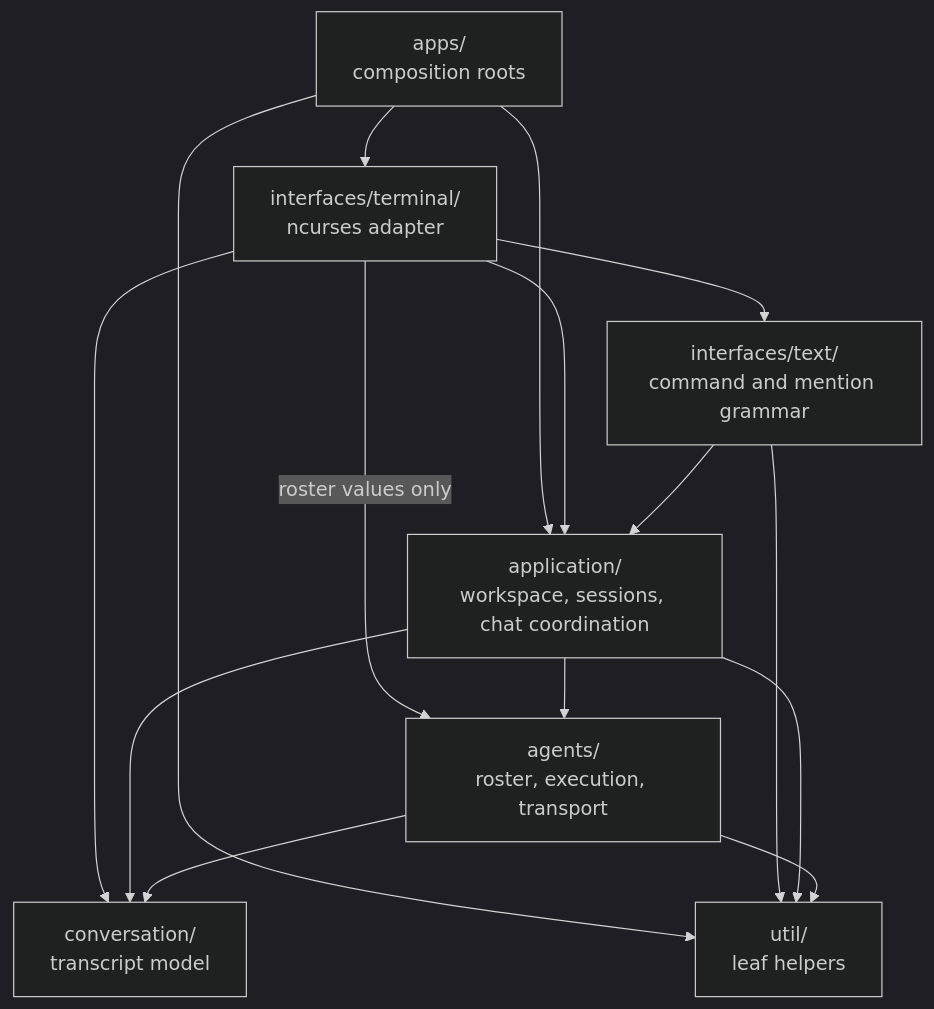
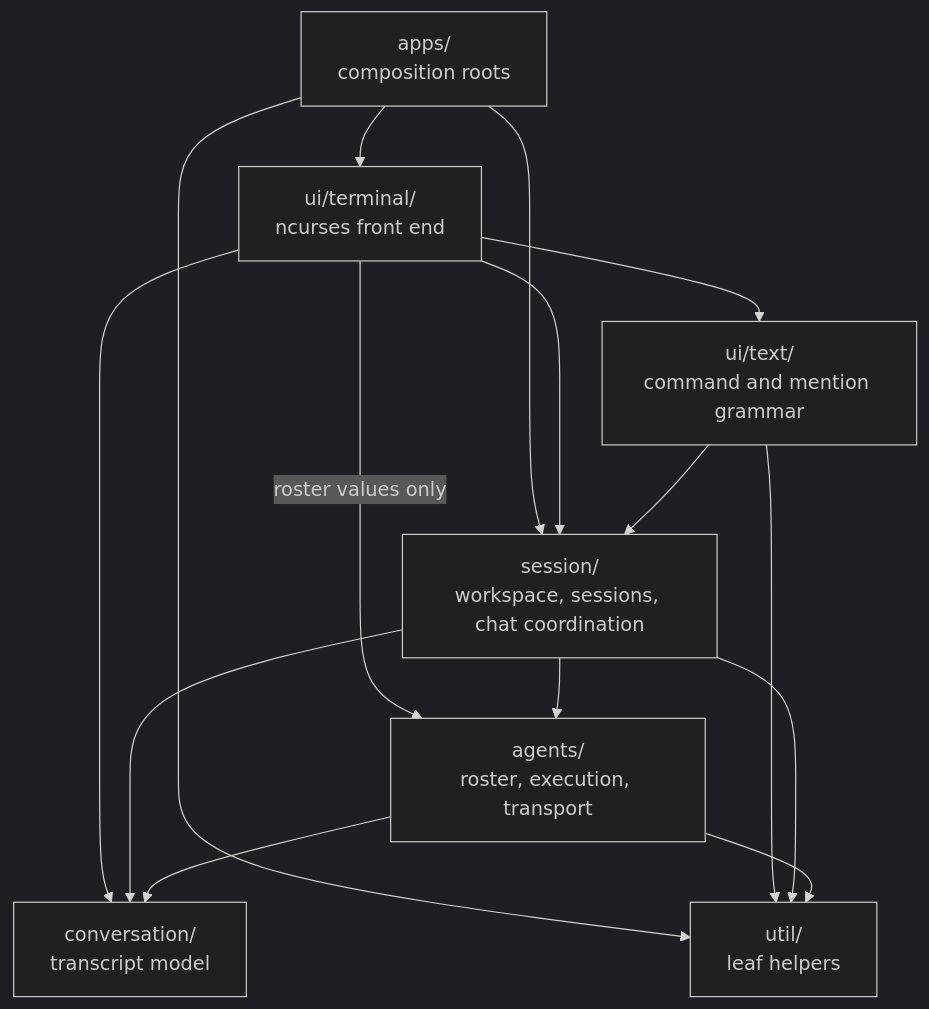
One commit to michaelpopov/cha changed the first of 6 diagrams in src/README.md. Above: the diagram before and after it, drawn with Mermaid (dark theme). The commit also changed other lines of this file and 98 other files, not shown here.

````diff
--- a/src/README.md
+++ b/src/README.md
@@ -45,25 +45,25 @@
 ```mermaid
 flowchart TD
     apps["apps/<br/>composition roots"]
-    terminal["interfaces/terminal/<br/>ncurses adapter"]
-    text["interfaces/text/<br/>command and mention grammar"]
-    application["application/<br/>workspace, sessions, chat coordination"]
+    terminal["ui/terminal/<br/>ncurses front end"]
+    text["ui/text/<br/>command and mention grammar"]
+    session["session/<br/>workspace, sessions, chat coordination"]
     agents["agents/<br/>roster, execution, transport"]
     conversation["conversation/<br/>transcript model"]
     util["util/<br/>leaf helpers"]
 
     apps --> terminal
-    apps --> application
+    apps --> session
     terminal --> text
-    terminal --> application
+    terminal --> session
     terminal --> conversation
     terminal -->|"roster values only"| agents
-    text --> application
-    application --> agents
-    application --> conversation
+    text --> session
+    session --> agents
+    session --> conversation
     agents --> conversation
     apps --> util
     text --> util
-    application --> util
+    session --> util
     agents --> util
 ```
````
